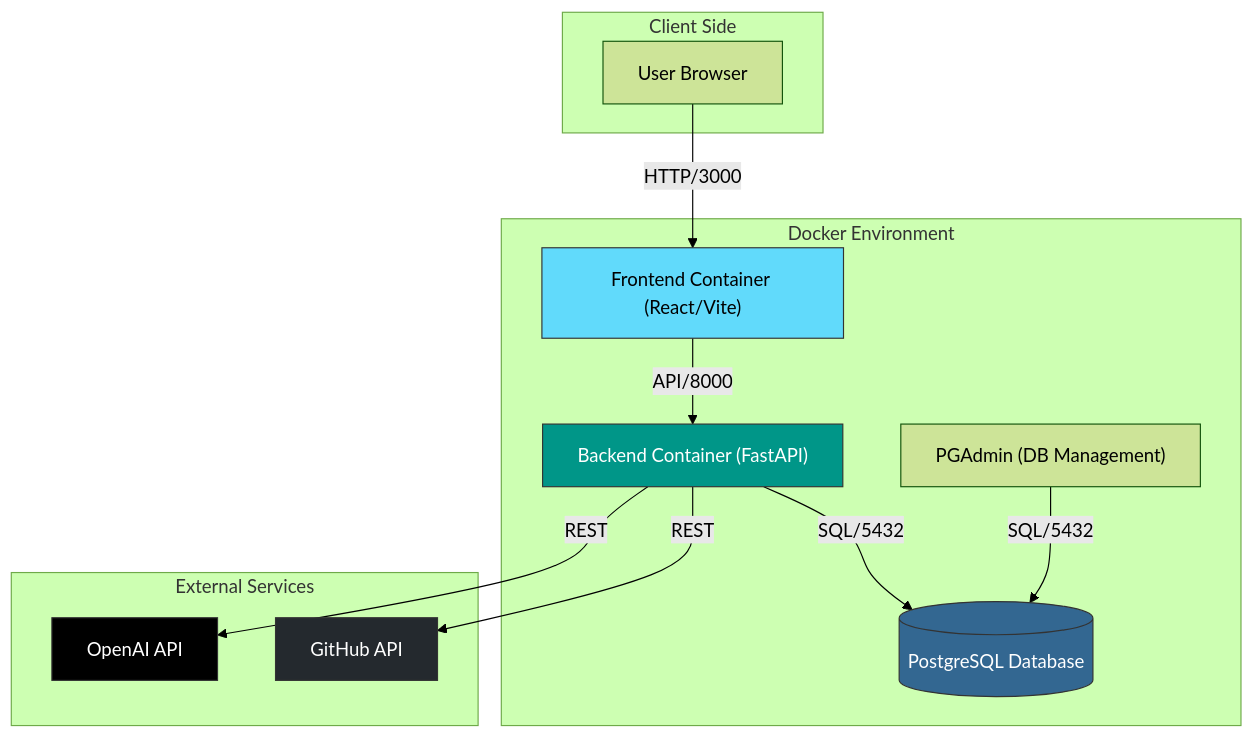
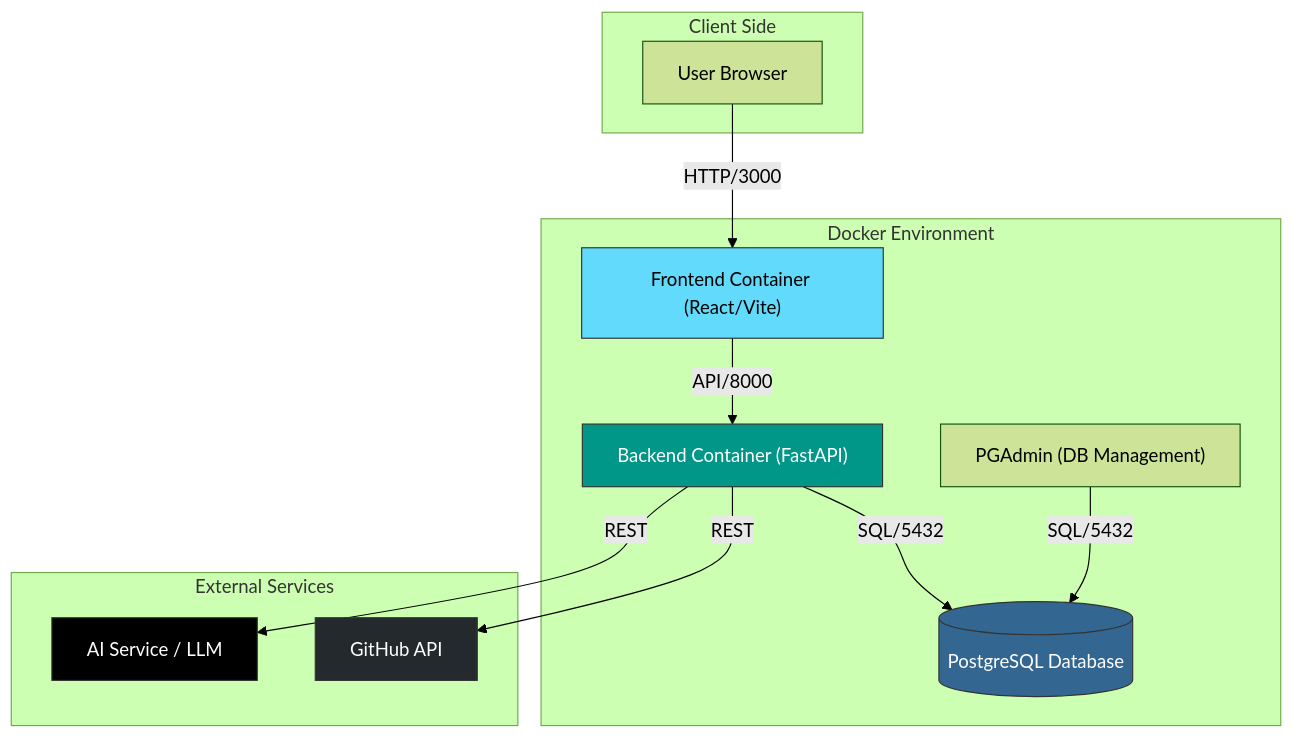
Before and after one commit to Efrat-Wilinger/-GitArena: the first of 2 diagrams in GitArena/README.md, drawn with Mermaid (forest theme). The commit also changed other lines of this file and 1 other file, not shown here.

````diff
--- a/GitArena/README.md
+++ b/GitArena/README.md
@@ -85,33 +53,33 @@
 ```mermaid
 graph TD
     subgraph Client ["Client Side"]
         Browser["User Browser"]
     end
 
     subgraph Docker ["Docker Environment"]
         FE["Frontend Container (React/Vite)"]
         BE["Backend Container (FastAPI)"]
         DB[("PostgreSQL Database")]
         PG["PGAdmin (DB Management)"]
     end
 
     subgraph External ["External Services"]
         GH["GitHub API"]
-        AI["OpenAI API"]
+        AI["AI Service / LLM"]
     end
 
     Browser -->|HTTP/3000| FE
     FE -->|API/8000| BE
     
     BE -->|SQL/5432| DB
     PG -->|SQL/5432| DB
     
     BE -->|REST| GH
     BE -->|REST| AI
     
     style FE fill:#61dafb,stroke:#333,color:#000
     style BE fill:#009688,stroke:#333,color:#fff
     style DB fill:#336791,stroke:#333,color:#fff
     style AI fill:#000000,stroke:#333,color:#fff
     style GH fill:#24292e,stroke:#333,color:#fff
 ```
````
